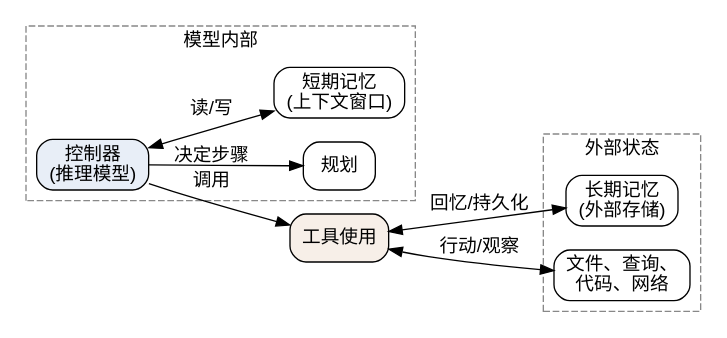
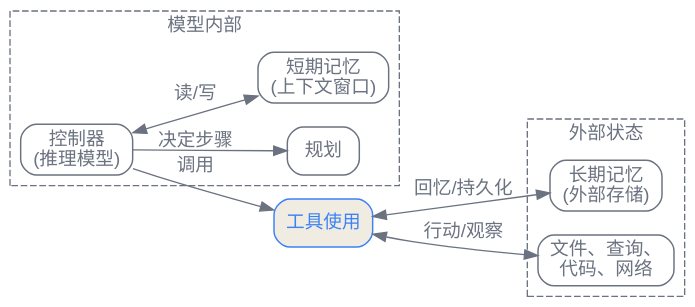
One commit to latere-ai/ai-as-an-infrastructure changed the second of 3 diagrams in zh/p5-orchestration/21-agent-architectures.qmd. Above: the diagram before and after it, drawn with Graphviz. The commit also changed other lines of this file and 186 other files, not shown here.

First line of the commit message:
book: visual audit pass on all diagrams and figures

````diff
--- a/zh/p5-orchestration/21-agent-architectures.qmd
+++ b/zh/p5-orchestration/21-agent-architectures.qmd
@@ -51,33 +51,36 @@
 ```{dot}
 //| label: fig-agent-architectures-four-parts
 //| fig-cap: "按每个部分所处的位置看四部分分解。规划与短期记忆位于模型边界之内；工具使用是唯一一条通向外部状态与长期记忆的边。依据 Weng（2023）。"
 digraph {
+    bgcolor="transparent";
     rankdir=LR;
-    node [shape=box, fontname="Helvetica", style=rounded];
-    edge [fontname="Helvetica"];
+    node [shape=box, fontname="Helvetica", style=rounded, color="#6b7280", fontcolor="#6b7280", penwidth=1.1];
+    edge [fontname="Helvetica", color="#6b7280", fontcolor="#6b7280"];
 
     subgraph cluster_model {
         label="模型内部";
+        fontcolor="#6b7280";
         style=dashed;
-        color="#888888";
-        ctrl [label="控制器\n(推理模型)", style="rounded,filled", fillcolor="#e8eef7"];
+        color="#6b7280";
+        ctrl [label="控制器\n(推理模型)"];
         plan [label="规划"];
         stm [label="短期记忆\n(上下文窗口)"];
     }
 
     subgraph cluster_world {
         label="外部状态";
+        fontcolor="#6b7280";
         style=dashed;
-        color="#888888";
+        color="#6b7280";
         ltm [label="长期记忆\n(外部存储)"];
         world [label="文件、查询、\n代码、网络"];
     }
 
     ctrl -> plan [label="决定步骤"];
     ctrl -> stm [label="读/写", dir=both];
     ctrl -> tooluse [label="调用"];
-    tooluse [label="工具使用", style="rounded,filled", fillcolor="#f7efe8"];
+    tooluse [label="工具使用", style="rounded,filled", fillcolor="#f1ece1", color="#3b82f6", fontcolor="#3b82f6"];
     tooluse -> world [label="行动/观察", dir=both];
     tooluse -> ltm [label="回忆/持久化", dir=both];
 }
 ```
````
